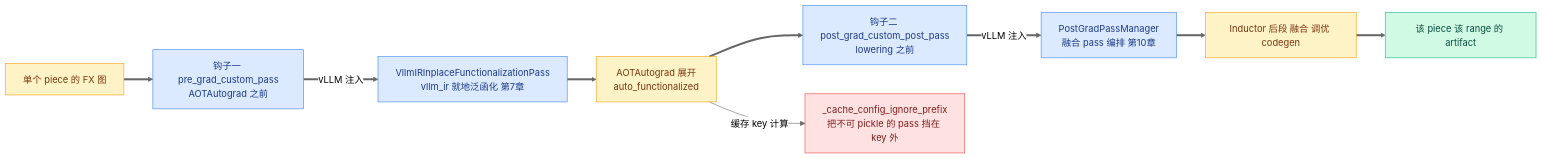
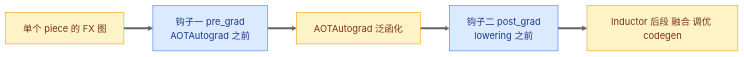
One commit to Allen-C-Guan/Pytorch-Inductor-Tutorial changed the second of 2 diagrams in inductor in vllm book/08-VllmBackend总编排.md. Above: the diagram before and after it, drawn with Mermaid (neutral theme). The commit also changed other lines of this file and 16 other files, not shown here.

````diff
--- a/inductor in vllm book/08-VllmBackend总编排.md
+++ b/inductor in vllm book/08-VllmBackend总编排.md
@@ -125,17 +153,10 @@
 ```mermaid
 flowchart LR
     classDef vllm fill:#DBEAFE,stroke:#3B82F6,color:#1E3A8A
     classDef torch fill:#FEF3C7,stroke:#F59E0B,color:#78350F
-    classDef artifact fill:#D1FAE5,stroke:#10B981,color:#064E3B
-    classDef ext fill:#E5E7EB,stroke:#6B7280,color:#374151
-    classDef danger fill:#FEE2E2,stroke:#EF4444,color:#7F1D1D
 
-    A[单个 piece 的 FX 图]:::torch ==> B[钩子一 pre_grad_custom_pass<br/>AOTAutograd 之前]:::vllm
-    B ==>|vLLM 注入| C[VllmIRInplaceFunctionalizationPass<br/>vllm_ir 就地泛函化 第7章]:::vllm
-    C ==> D[AOTAutograd 展开<br/>auto_functionalized]:::torch
-    D ==> E[钩子二 post_grad_custom_post_pass<br/>lowering 之前]:::vllm
-    E ==>|vLLM 注入| F[PostGradPassManager<br/>融合 pass 编排 第10章]:::vllm
-    F ==> G[Inductor 后段 融合 调优 codegen]:::torch
-    G ==> H[该 piece 该 range 的 artifact]:::artifact
-    D -->|缓存 key 计算| X[_cache_config_ignore_prefix<br/>把不可 pickle 的 pass 挡在 key 外]:::danger
+    A[单个 piece 的 FX 图]:::torch ==> B[钩子一 pre_grad<br/>AOTAutograd 之前]:::vllm
+    B ==> C[AOTAutograd 泛函化]:::torch
+    C ==> D[钩子二 post_grad<br/>lowering 之前]:::vllm
+    D ==> E[Inductor 后段 融合 调优 codegen]:::torch
 ```
````
